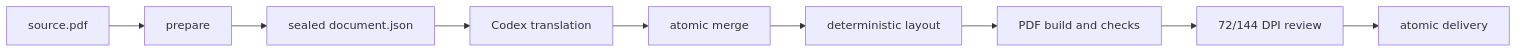
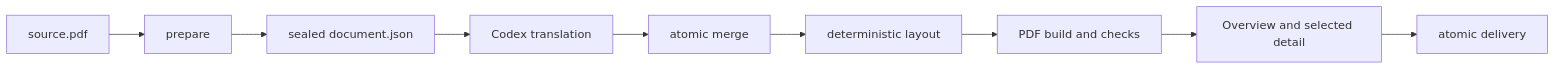
One commit to xiaoye-learner/translate-layout-pdf changed the diagram in README.en.md. Above: the diagram before and after it, drawn with Mermaid. The commit also changed other lines of this file and 7 other files, not shown here.

````diff
--- a/README.en.md
+++ b/README.en.md
@@ -34,11 +30,11 @@
 ```mermaid
 flowchart LR
     A[source.pdf] --> B[prepare]
     B --> C[sealed document.json]
     C --> D[Codex translation]
     D --> E[atomic merge]
     E --> F[deterministic layout]
     F --> G[PDF build and checks]
-    G --> H[72/144 DPI review]
+    G --> H[Overview and selected detail]
     H --> I[atomic delivery]
 ```
````
